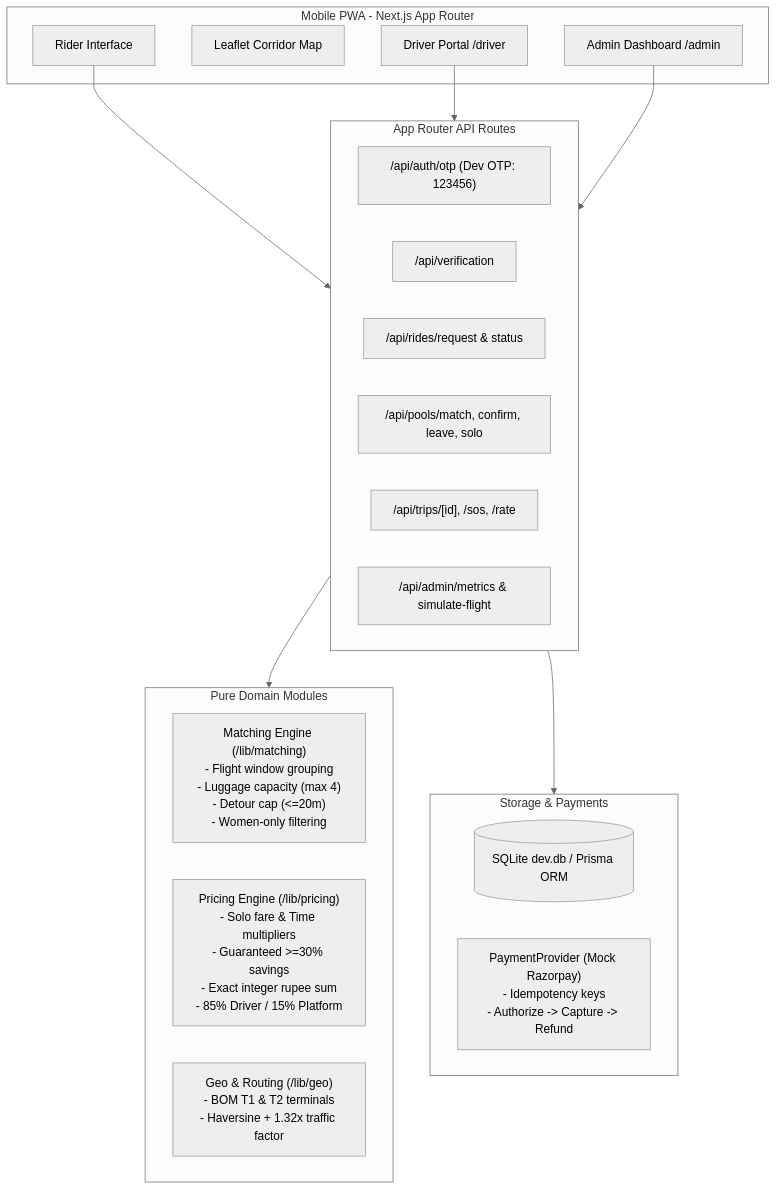
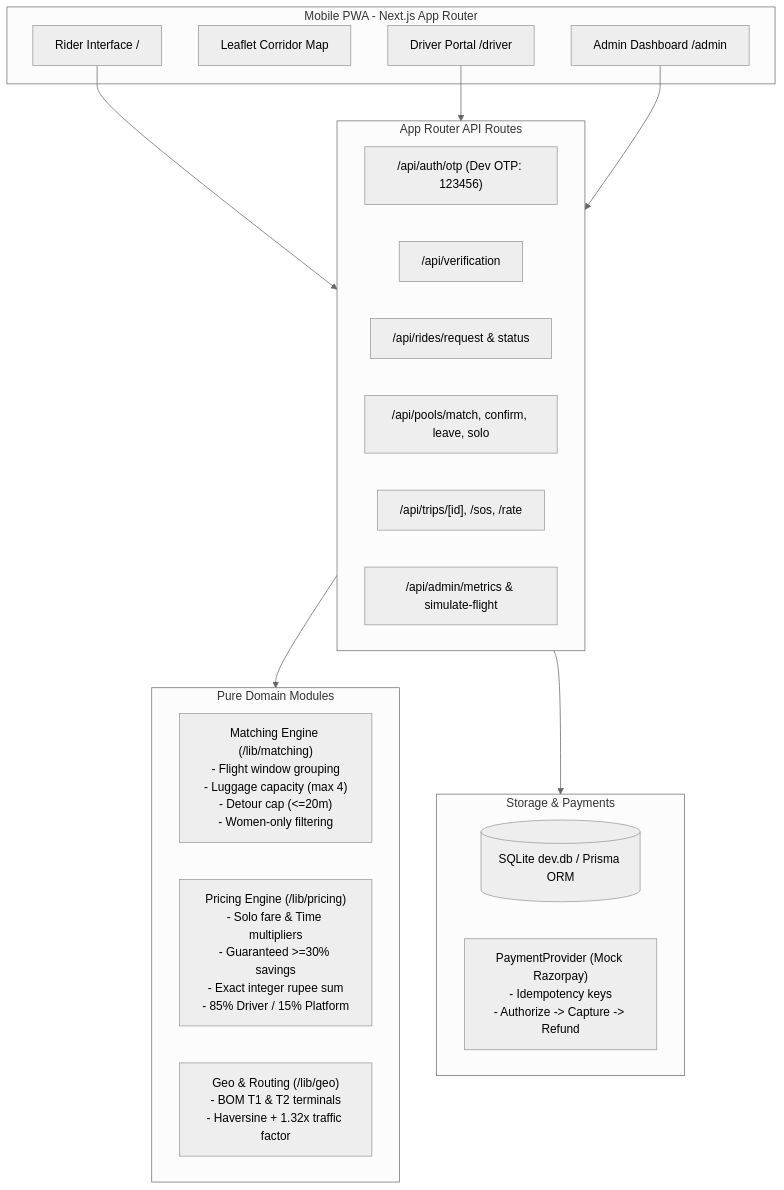
Before and after one commit to Rohith00345/FlightPool: the diagram in README.md, drawn with Mermaid (neutral theme). The commit also changed other lines of this file, not shown here.

Commit message:
docs: update README with live Vercel URLs, badges and architecture overview

````diff
--- a/README.md
+++ b/README.md
@@ -28,35 +46,35 @@
 ```mermaid
 flowchart TD
     subgraph Client [Mobile PWA - Next.js App Router]
-        UI[Rider Interface]
+        UI[Rider Interface /]
         Map[Leaflet Corridor Map]
         DriverUI[Driver Portal /driver]
         AdminUI[Admin Dashboard /admin]
     end
 
     subgraph CoreEngines [Pure Domain Modules]
         MatchEngine["Matching Engine (/lib/matching)\n- Flight window grouping\n- Luggage capacity (max 4)\n- Detour cap (<=20m)\n- Women-only filtering"]
         PriceEngine["Pricing Engine (/lib/pricing)\n- Solo fare & Time multipliers\n- Guaranteed >=30% savings\n- Exact integer rupee sum\n- 85% Driver / 15% Platform"]
         GeoModule["Geo & Routing (/lib/geo)\n- BOM T1 & T2 terminals\n- Haversine + 1.32x traffic factor"]
     end
 
     subgraph BackendAPI [App Router API Routes]
         AuthAPI["/api/auth/otp (Dev OTP: 123456)"]
         VerifyAPI["/api/verification"]
         RidesAPI["/api/rides/request & status"]
         PoolsAPI["/api/pools/match, confirm, leave, solo"]
         TripsAPI["/api/trips/[id], /sos, /rate"]
         AdminAPI["/api/admin/metrics & simulate-flight"]
     end
 
     subgraph DataPayments [Storage & Payments]
         PrismaDB[(SQLite dev.db / Prisma ORM)]
         MockRazorpay["PaymentProvider (Mock Razorpay)\n- Idempotency keys\n- Authorize -> Capture -> Refund"]
     end
 
     UI --> BackendAPI
     DriverUI --> BackendAPI
     AdminUI --> BackendAPI
     BackendAPI --> CoreEngines
     BackendAPI --> DataPayments
 ```
````
